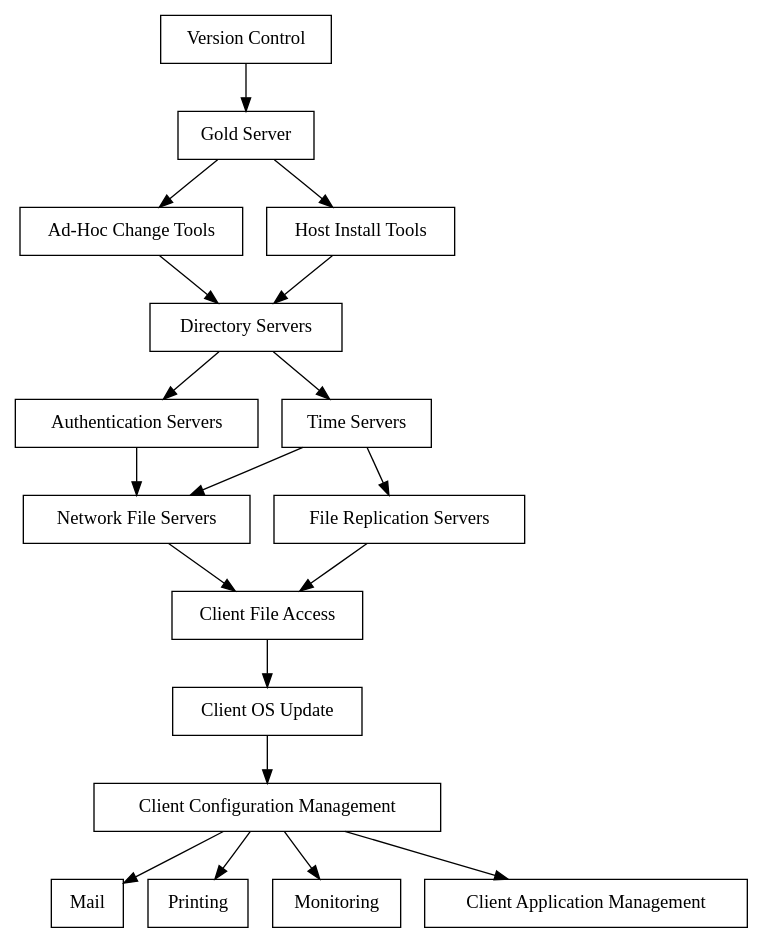
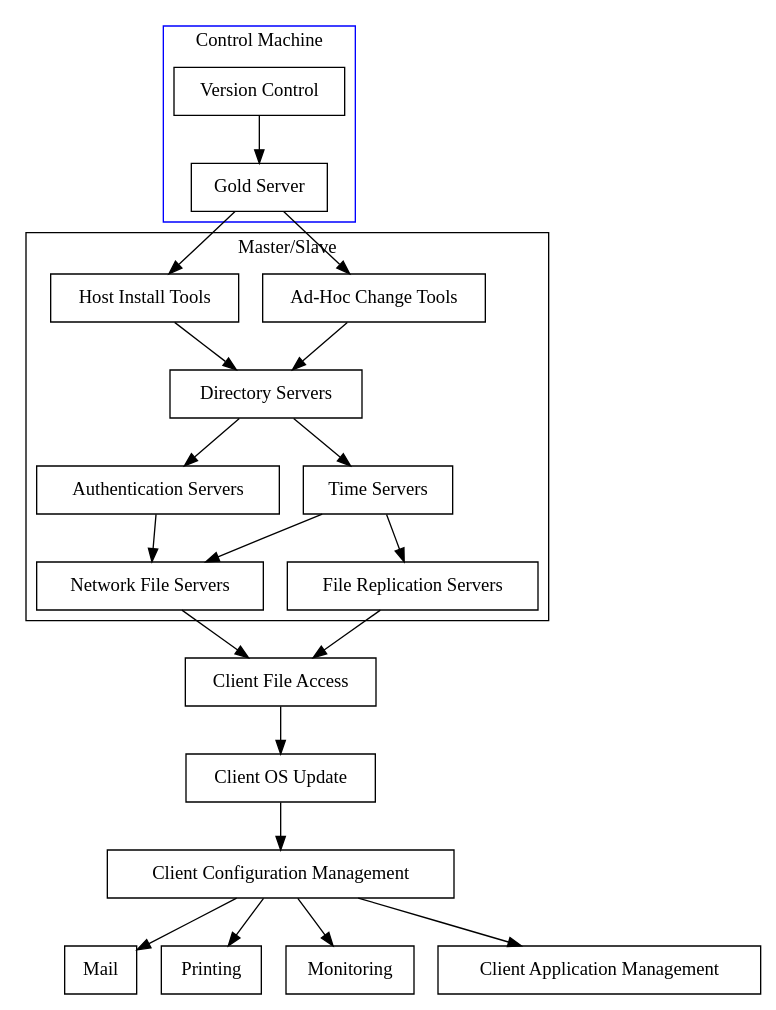
The diagram in pic/secenv.gv (omussell/homelab), drawn with Graphviz before and after one commit. The commit also changed 1 other file, not shown here.

```diff
--- a/pic/secenv.gv
+++ b/pic/secenv.gv
@@ -1,38 +1,45 @@
 digraph SecureInfrastructure {
 
 	VC [shape=box,label="Version Control"];
 	GS [shape=box,label="Gold Server"];
 	AHCT [shape=box,label="Ad-Hoc Change Tools"];
 	HIT [shape=box,label="Host Install Tools"];
 	DIR [shape=box,label="Directory Servers"];
 	AUTH [shape=box,label="Authentication Servers"];
 	TIME [shape=box,label="Time Servers"];
 	NFS [shape=box,label="Network File Servers"];
 	FRS [shape=box,label="File Replication Servers"];
 	CFA [shape=box,label="Client File Access"];
 	COSU [shape=box,label="Client OS Update"];
 	CCM [shape=box,label="Client Configuration Management"];
 	MAIL [shape=box,label="Mail"];
 	PRNT [shape=box,label="Printing"];
 	MONT [shape=box,label="Monitoring"];
 	CAM [ shape=box,label="Client Application Management"]; 
 
+subgraph cluster1 {
 	VC -> GS;
+label = "Control Machine";
+color=blue
+}
+subgraph cluster2 {
 	GS -> AHCT;
 	GS -> HIT;
 	AHCT -> DIR;
 	HIT -> DIR;
 	DIR -> AUTH;
 	DIR -> TIME;
 	AUTH -> NFS;
 	TIME -> NFS;
 	TIME -> FRS;
+label = "Master/Slave";
+}
 	NFS -> CFA;
 	FRS -> CFA;
 	CFA -> COSU;
 	COSU -> CCM;
 	CCM -> MAIL;
 	CCM -> PRNT;
 	CCM -> MONT;
 	CCM -> CAM;
 }
```
